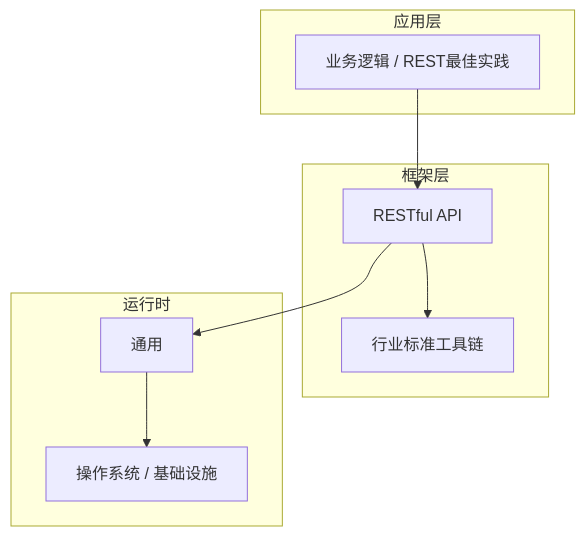
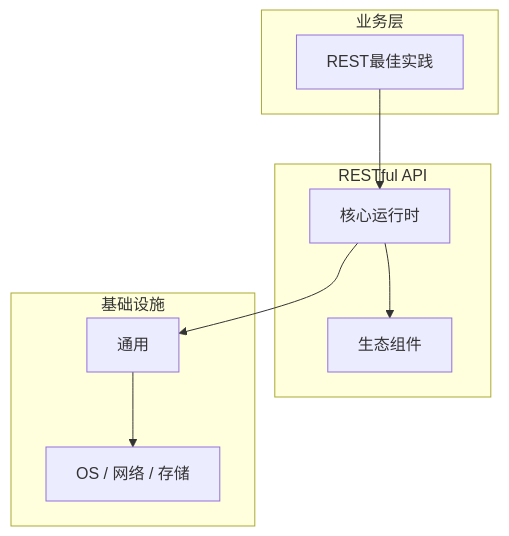
Before and after one commit to yanggan2015/knowledge-json-v2: the diagram in articles/RESTful API/chapters/096-REST最佳实践核心概念与原理.md, drawn with Mermaid. The commit also changed other lines of this file and 10127 other files, not shown here.

````diff
--- a/articles/RESTful API/chapters/096-REST最佳实践核心概念与原理.md
+++ b/articles/RESTful API/chapters/096-REST最佳实践核心概念与原理.md
@@ -45,18 +34,18 @@
 ```mermaid
 graph TB
-    subgraph 应用层
-        A[业务逻辑 / REST最佳实践]
+    subgraph 业务层
+        A[REST最佳实践]
     end
-    subgraph 框架层
-        B[RESTful API]
-        C[行业标准工具链]
+    subgraph RESTful API
+        B[核心运行时]
+        C[生态组件]
     end
-    subgraph 运行时
+    subgraph 基础设施
         D[通用]
-        E[操作系统 / 基础设施]
+        E[OS / 网络 / 存储]
     end
     A --> B
     B --> C
     B --> D
     D --> E
 ```
````
